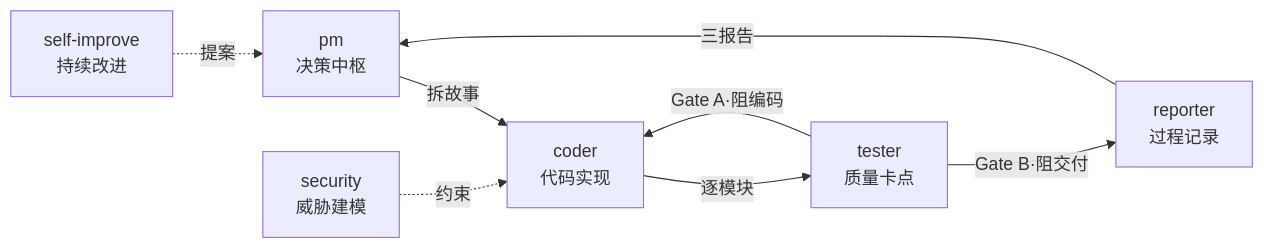
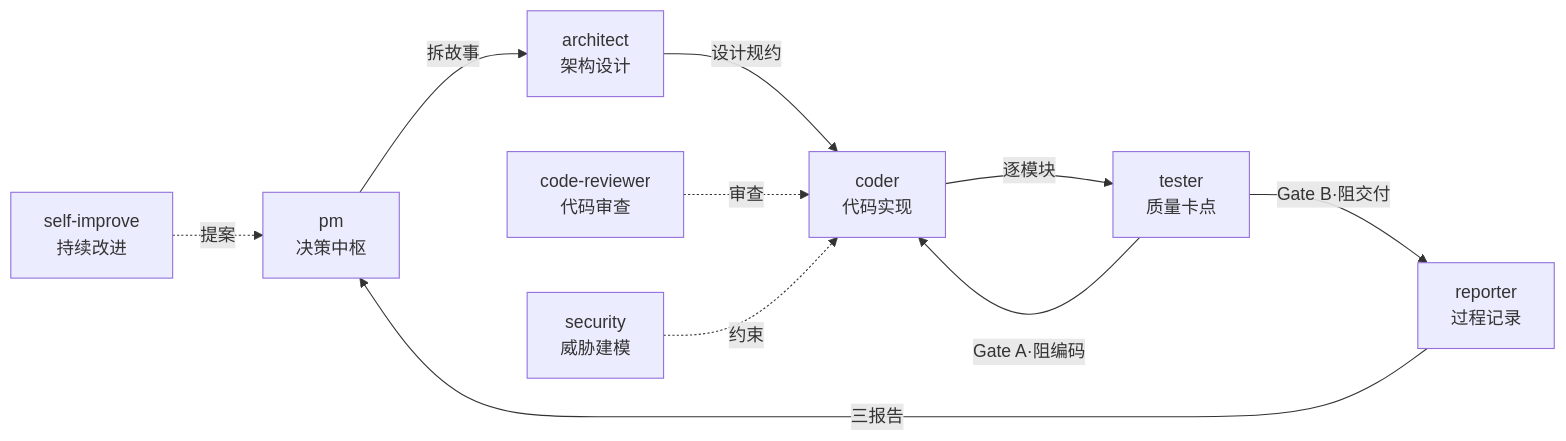
Before and after one commit to effiy/YrY: the fourth of 6 diagrams in README.md, drawn with Mermaid. The commit also changed other lines of this file and 7 other files, not shown here.

````diff
--- a/README.md
+++ b/README.md
@@ -131,10 +135,12 @@
 ```mermaid
 flowchart LR
-    PM[pm<br>决策中枢] -->|拆故事| CODER[coder<br>代码实现]
+    PM[pm<br>决策中枢] -->|拆故事| ARCHITECT[architect<br>架构设计]
+    ARCHITECT -->|设计规约| CODER[coder<br>代码实现]
     CODER -->|逐模块| TESTER[tester<br>质量卡点]
     TESTER -->|Gate A·阻编码| CODER
     TESTER -->|Gate B·阻交付| REPORTER[reporter<br>过程记录]
     REPORTER -->|三报告| PM
+    REVIEWER[code-reviewer<br>代码审查] -.审查.-> CODER
     SECURITY[security<br>威胁建模] -.约束.-> CODER
     SI[self-improve<br>持续改进] -.提案.-> PM
 ```
````
